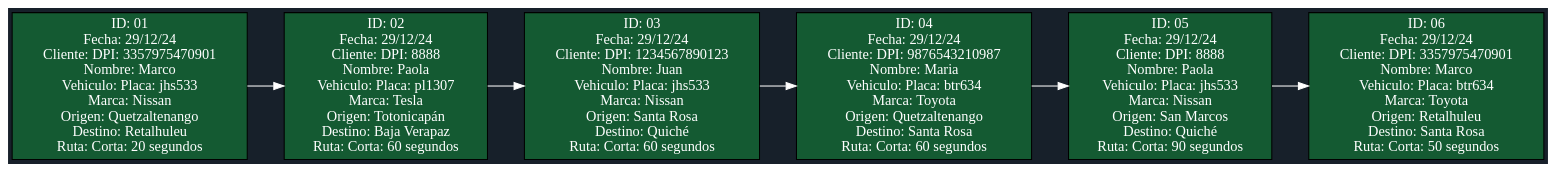
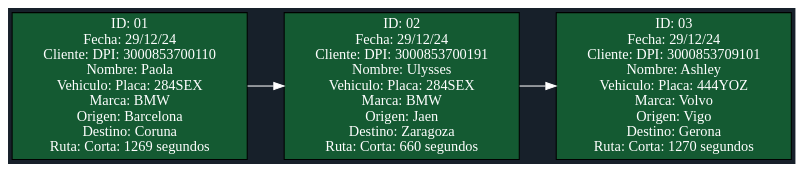
One commit to Marco131-xel/Edd_Proyecto2 changed the diagram in Rapidito/Lista_Viajes.dot. Above: the diagram before and after it, drawn with Graphviz. The commit also changed 25 other files, not shown here.

```diff
--- a/Rapidito/Lista_Viajes.dot
+++ b/Rapidito/Lista_Viajes.dot
@@ -1,17 +1,11 @@
 digraph G {
 rankdir=LR;
 bgcolor="#17202a";
 node [shape=record, style=filled, fillcolor="#145a32", fontcolor="white"];
 edge [color="white"];
-nodo0 [label="ID: 01\nFecha: 29/12/24\nCliente: DPI: 3357975470901\nNombre:  Marco\nVehiculo: Placa: jhs533\nMarca: Nissan\nOrigen: Quetzaltenango\nDestino: Retalhuleu\nRuta: Corta: 20 segundos"];
-nodo1 [label="ID: 02\nFecha: 29/12/24\nCliente: DPI: 8888\nNombre: Paola\nVehiculo: Placa: pl1307\nMarca: Tesla\nOrigen: Totonicapán\nDestino: Baja Verapaz\nRuta: Corta: 60 segundos"];
-nodo2 [label="ID: 03\nFecha: 29/12/24\nCliente: DPI: 1234567890123\nNombre:  Juan\nVehiculo: Placa: jhs533\nMarca: Nissan\nOrigen: Santa Rosa\nDestino: Quiché\nRuta: Corta: 60 segundos"];
-nodo3 [label="ID: 04\nFecha: 29/12/24\nCliente: DPI: 9876543210987\nNombre:  Maria\nVehiculo: Placa: btr634\nMarca: Toyota\nOrigen: Quetzaltenango\nDestino: Santa Rosa\nRuta: Corta: 60 segundos"];
-nodo4 [label="ID: 05\nFecha: 29/12/24\nCliente: DPI: 8888\nNombre: Paola\nVehiculo: Placa: jhs533\nMarca: Nissan\nOrigen: San Marcos\nDestino: Quiché\nRuta: Corta: 90 segundos"];
-nodo5 [label="ID: 06\nFecha: 29/12/24\nCliente: DPI: 3357975470901\nNombre:  Marco\nVehiculo: Placa: btr634\nMarca: Toyota\nOrigen: Retalhuleu\nDestino: Santa Rosa\nRuta: Corta: 50 segundos"];
+nodo0 [label="ID: 01\nFecha: 29/12/24\nCliente: DPI: 3000853700110\nNombre:  Paola\nVehiculo: Placa: 284SEX\nMarca: BMW\nOrigen: Barcelona\nDestino: Coruna\nRuta: Corta: 1269 segundos"];
+nodo1 [label="ID: 02\nFecha: 29/12/24\nCliente: DPI: 3000853700191\nNombre:  Ulysses\nVehiculo: Placa: 284SEX\nMarca: BMW\nOrigen: Jaen\nDestino: Zaragoza\nRuta: Corta: 660 segundos"];
+nodo2 [label="ID: 03\nFecha: 29/12/24\nCliente: DPI: 3000853709101\nNombre:  Ashley\nVehiculo: Placa: 444YOZ\nMarca: Volvo\nOrigen: Vigo\nDestino: Gerona\nRuta: Corta: 1270 segundos"];
 nodo0 -> nodo1;
 nodo1 -> nodo2;
-nodo2 -> nodo3;
-nodo3 -> nodo4;
-nodo4 -> nodo5;
 }
```
